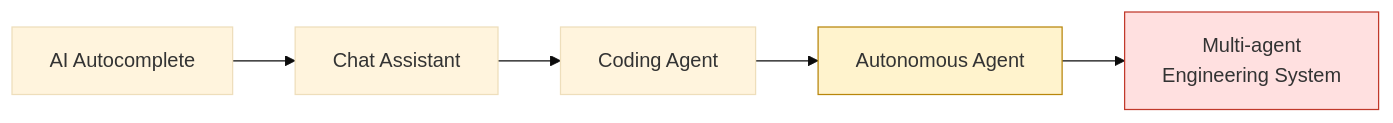
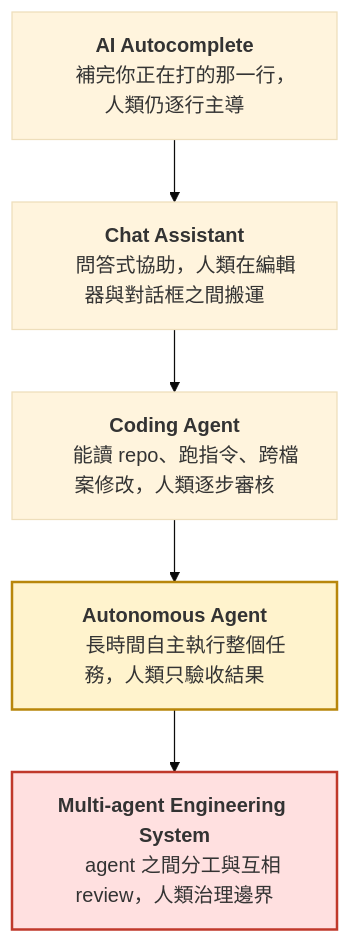
One commit to fantasybz/medium-articles changed the first of 8 diagrams in 2026-09-agentic-engineering-platform/article.md. Above: the diagram before and after it, drawn with Mermaid (base theme). The commit also changed other lines of this file and 26 other files, not shown here.

First line of the commit message:
Redraw the remaining wide and tall diagrams across all four articles

````diff
--- a/2026-09-agentic-engineering-platform/article.md
+++ b/2026-09-agentic-engineering-platform/article.md
@@ -29,9 +29,16 @@
 ```mermaid
-flowchart LR
-    A["AI Autocomplete"] --> B["Chat Assistant"]
-    B --> C["Coding Agent"]
-    C --> D["Autonomous Agent"]
-    D --> E["Multi-agent<br/>Engineering System"]
-    style D fill:#fff3cd,stroke:#b8860b
-    style E fill:#ffe0e0,stroke:#c0392b
+flowchart TB
+    A["<b>AI Autocomplete</b>
+    補完你正在打的那一行，人類仍逐行主導"]
+    B["<b>Chat Assistant</b>
+    問答式協助，人類在編輯器與對話框之間搬運"]
+    C["<b>Coding Agent</b>
+    能讀 repo、跑指令、跨檔案修改，人類逐步審核"]
+    D["<b>Autonomous Agent</b>
+    長時間自主執行整個任務，人類只驗收結果"]
+    E["<b>Multi-agent Engineering System</b>
+    agent 之間分工與互相 review，人類治理邊界"]
+    A --> B --> C --> D --> E
+    style D fill:#fff3cd,stroke:#b8860b,stroke-width:2px
+    style E fill:#ffe0e0,stroke:#c0392b,stroke-width:2px
 ```
````
